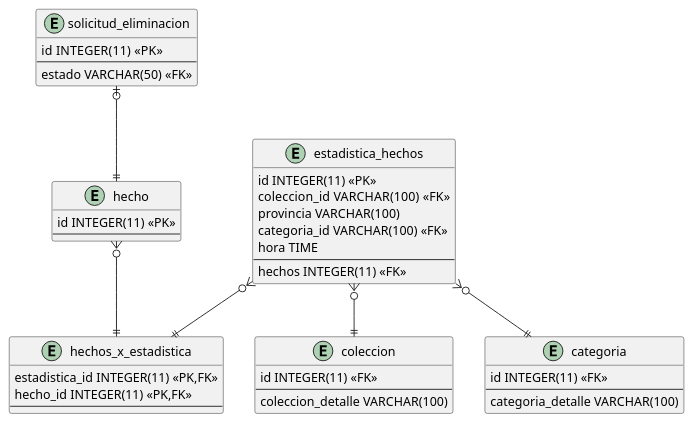
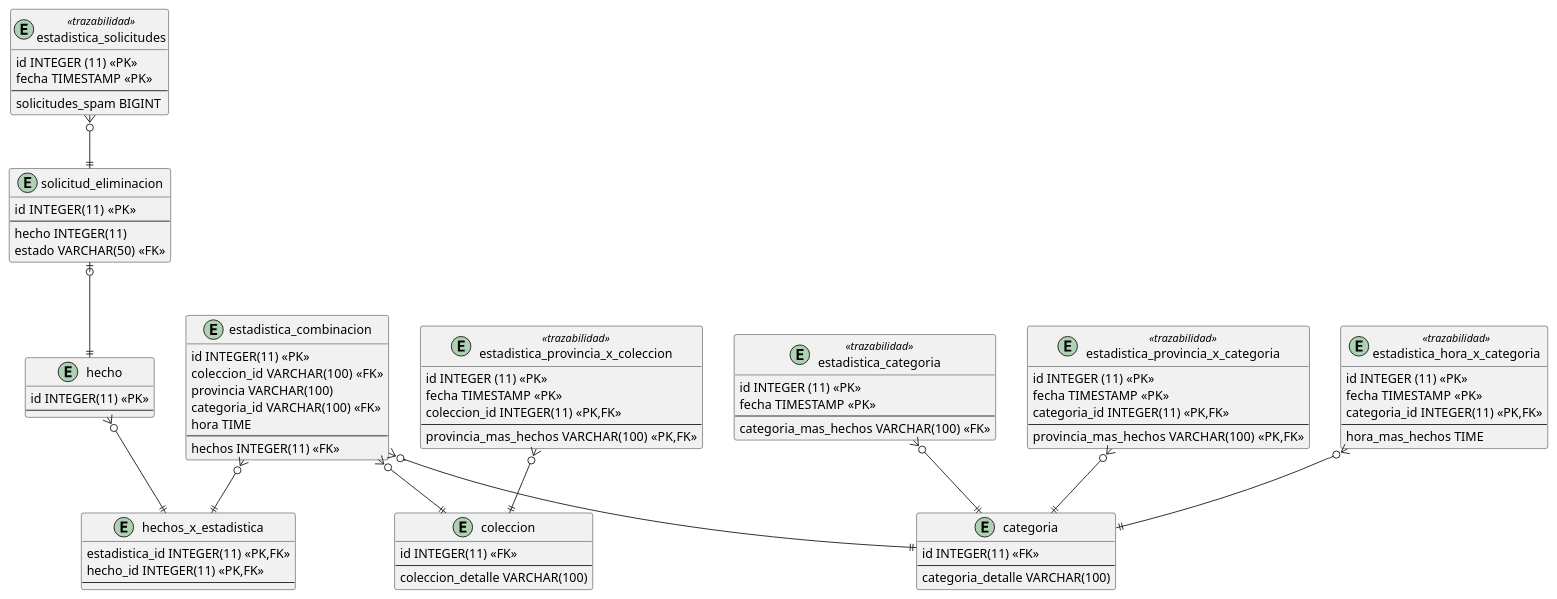
One commit to BrunoRodriguezzz/tp-dsi changed the diagram in servicioEstadisticas/public/DER_BI.puml. Above: the diagram before and after it, drawn with PlantUML. The commit also changed 19 other files, not shown here.

```diff
--- a/servicioEstadisticas/public/DER_BI.puml
+++ b/servicioEstadisticas/public/DER_BI.puml
@@ -1,48 +1,95 @@
 @startuml
 
-entity estadistica_hechos {
+entity estadistica_combinacion {
     id INTEGER(11) <<PK>>
     coleccion_id VARCHAR(100)  <<FK>>
     provincia VARCHAR(100)
     categoria_id VARCHAR(100) <<FK>>
     hora TIME
     --
     hechos INTEGER(11) <<FK>>
 }
 
 entity hechos_x_estadistica {
     estadistica_id INTEGER(11) <<PK,FK>>
     hecho_id INTEGER(11) <<PK,FK>>
     --
 }
 
 entity coleccion {
     id INTEGER(11) <<FK>>
     --
     coleccion_detalle VARCHAR(100)
 }
 
 entity categoria {
     id INTEGER(11) <<FK>>
     --
     categoria_detalle VARCHAR(100)
 }
 
 entity solicitud_eliminacion {
     id INTEGER(11)  <<PK>>
     --
+    hecho INTEGER(11)
     estado VARCHAR(50) <<FK>>
 }
 
 entity hecho {
     id INTEGER(11) <<PK>>
     --
 }
 
-estadistica_hechos }o--|| coleccion
-estadistica_hechos }o--|| categoria
-estadistica_hechos }o--|| hechos_x_estadistica
+'TRAZABILIDAD
+
+entity estadistica_provincia_x_coleccion <<trazabilidad>> {
+    id INTEGER (11) <<PK>>
+    fecha TIMESTAMP <<PK>>
+    coleccion_id INTEGER(11) <<PK,FK>>
+    --
+    provincia_mas_hechos VARCHAR(100)  <<PK,FK>>
+}
+
+entity estadistica_categoria <<trazabilidad>> {
+    id INTEGER (11) <<PK>>
+    fecha TIMESTAMP <<PK>>
+    --
+    categoria_mas_hechos VARCHAR(100) <<FK>>
+}
+
+entity estadistica_provincia_x_categoria <<trazabilidad>> {
+    id INTEGER (11) <<PK>>
+    fecha TIMESTAMP <<PK>>
+    categoria_id INTEGER(11) <<PK,FK>>
+    --
+    provincia_mas_hechos VARCHAR(100)  <<PK,FK>>
+}
+
+entity estadistica_hora_x_categoria <<trazabilidad>> {
+    id INTEGER (11) <<PK>>
+    fecha TIMESTAMP <<PK>>
+    categoria_id INTEGER(11) <<PK,FK>>
+    --
+    hora_mas_hechos TIME
+}
+
+entity estadistica_solicitudes <<trazabilidad>> {
+    id INTEGER (11) <<PK>>
+    fecha TIMESTAMP <<PK>>
+    --
+    solicitudes_spam BIGINT
+}
+
+estadistica_combinacion }o--|| coleccion
+estadistica_combinacion }o--|| categoria
+estadistica_combinacion }o--|| hechos_x_estadistica
 hecho }o--|| hechos_x_estadistica
 solicitud_eliminacion |o--|| hecho
 
+'TRAZABILIDAD
+estadistica_provincia_x_coleccion }o--|| coleccion
+estadistica_categoria }o--|| categoria
+estadistica_provincia_x_categoria }o--|| categoria
+estadistica_hora_x_categoria }o--|| categoria
+estadistica_solicitudes }o--|| solicitud_eliminacion
 @enduml
```
